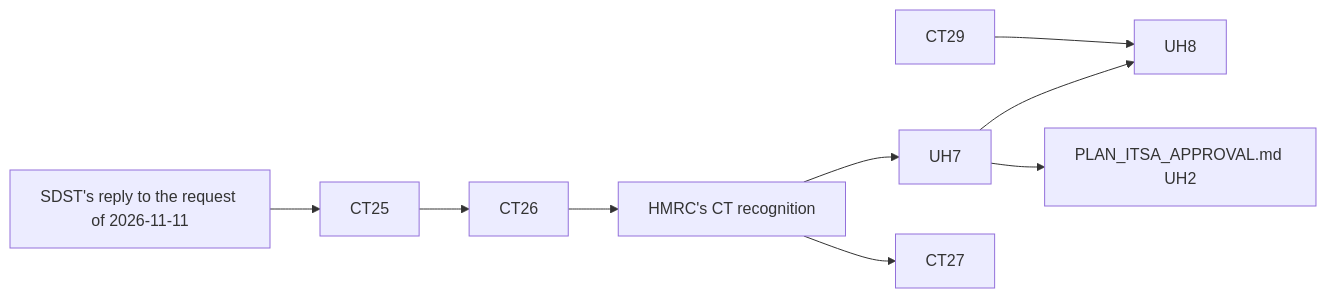
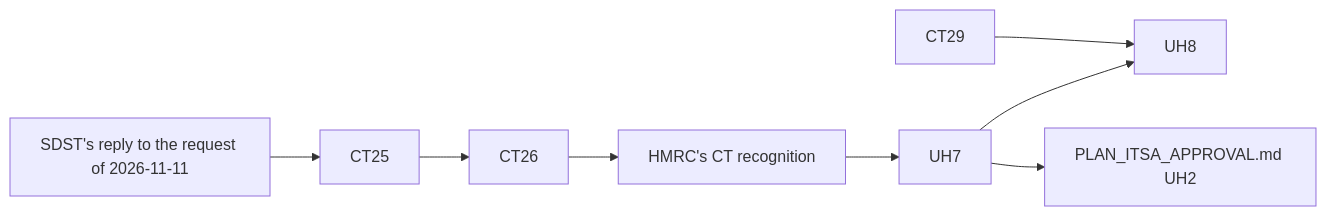
The diagram in PLAN_HMRC_CT_APPROVAL.md (diy-accounting-uk/submit.diyaccounting.co.uk), drawn with Mermaid before and after one commit. The commit also changed other lines of this file and 1 other file, not shown here.

````diff
--- a/PLAN_HMRC_CT_APPROVAL.md
+++ b/PLAN_HMRC_CT_APPROVAL.md
@@ -67,11 +63,10 @@
 ```mermaid
 flowchart LR
     SDST["SDST's reply to the request of 2026-11-11"] --> CT25
     CT25 --> CT26
     CT26 --> REC["HMRC's CT recognition"]
     REC --> UH7
     UH7 --> UH8
     CT29 --> UH8
-    REC --> CT27
     UH7 --> UH2["PLAN_ITSA_APPROVAL.md UH2"]
 ```
````
